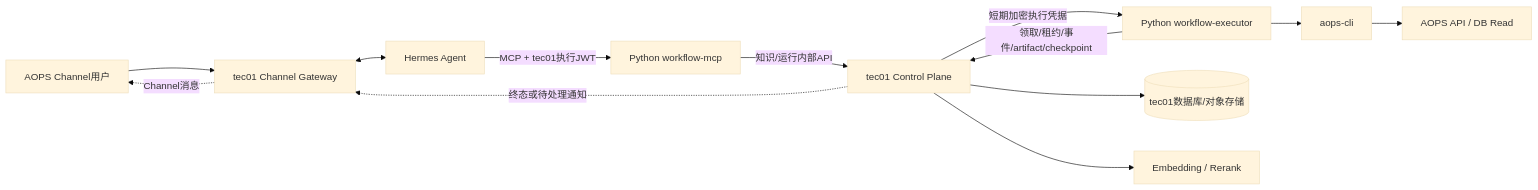
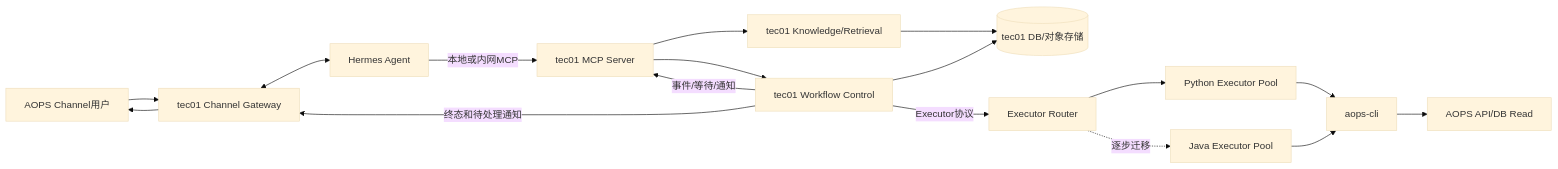
Before and after one commit to armin1024/itsm-workflow: the first of 7 diagrams in docs/tec01-control-plane-split.md, drawn with Mermaid (base theme). The commit also changed other lines of this file and 2 other files, not shown here.

Commit message:
docs: move MCP ownership to tec01 control plane

````diff
--- a/docs/tec01-control-plane-split.md
+++ b/docs/tec01-control-plane-split.md
@@ -49,17 +28,22 @@
 ```mermaid
 flowchart LR
     User[AOPS Channel用户] --> Gateway[tec01 Channel Gateway]
     Gateway <--> Hermes[Hermes Agent]
-    Hermes -->|MCP + tec01执行JWT| MCP[Python workflow-mcp]
+    Hermes -->|本地或内网MCP| MCP[tec01 MCP Server]
 
-    MCP -->|知识/运行内部API| Control[tec01 Control Plane]
-    Executor[Python workflow-executor] -->|领取/租约/事件/artifact/checkpoint| Control
-    Control --> DB[(tec01数据库/对象存储)]
-    Control --> Models[Embedding / Rerank]
+    MCP --> Knowledge[tec01 Knowledge/Retrieval]
+    MCP --> Control[tec01 Workflow Control]
+    Knowledge --> Store[(tec01 DB/对象存储)]
+    Control --> Store
 
-    Executor --> CLI[aops-cli]
-    CLI --> AOPS[AOPS API / DB Read]
-    Control -->|短期加密执行凭据| Executor
-    Control -.终态或待处理通知.-> Gateway
-    Gateway -.Channel消息.-> User
+    Control -->|Executor协议| Router[Executor Router]
+    Router --> Py[Python Executor Pool]
+    Router -.逐步迁移.-> Java[Java Executor Pool]
+    Py --> CLI[aops-cli]
+    Java --> CLI
+    CLI --> AOPS[AOPS API/DB Read]
+
+    Control -->|事件/等待/通知| MCP
+    Control -->|终态和待处理通知| Gateway
+    Gateway --> User
 ```
````
